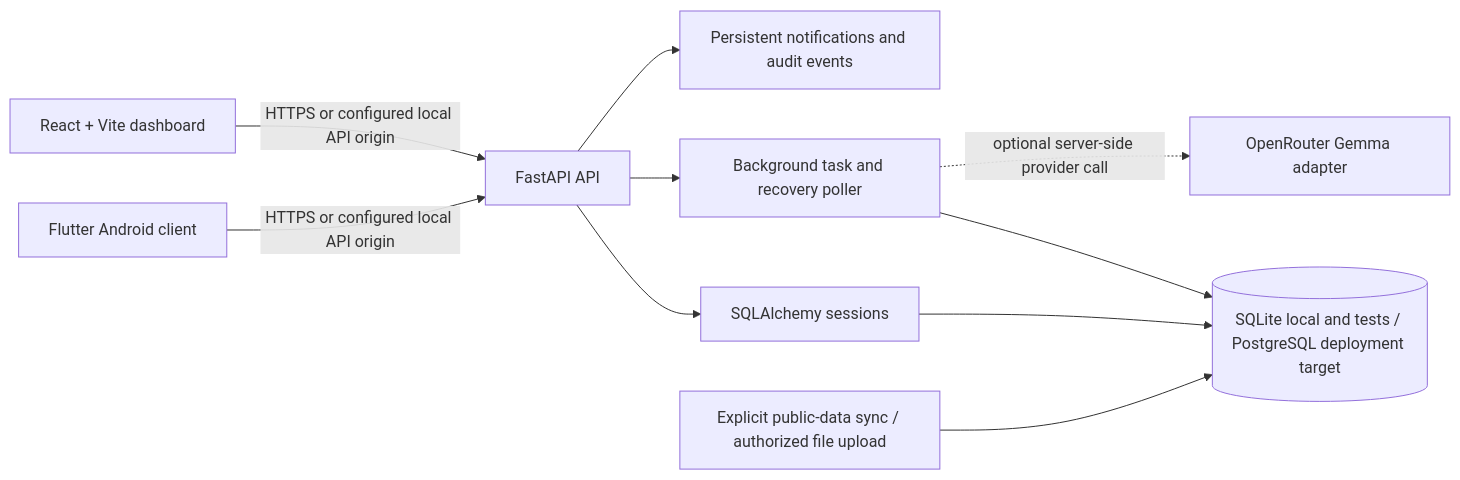
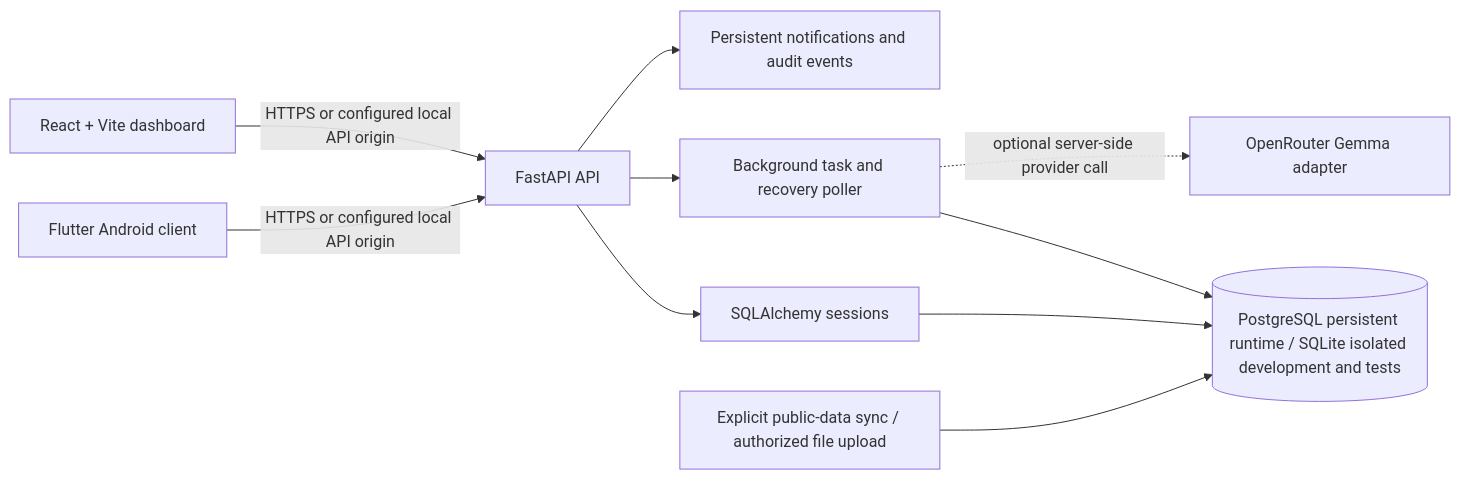
Before and after one commit to QaziZaid16/emergency_coordination_system: the first of 5 diagrams in README.md, drawn with Mermaid. The commit also changed other lines of this file and 10 other files, not shown here.

First line of the commit message:
Prepare PostgreSQL runtime and migration safety

````diff
--- a/README.md
+++ b/README.md
@@ -77,12 +77,12 @@
 ```mermaid
 flowchart LR
   M[Flutter Android client] -->|HTTPS or configured local API origin| API[FastAPI API]
   W[React + Vite dashboard] -->|HTTPS or configured local API origin| API
   API --> ORM[SQLAlchemy sessions]
-  ORM --> DB[(SQLite local and tests / PostgreSQL deployment target)]
+  ORM --> DB[(PostgreSQL persistent runtime / SQLite isolated development and tests)]
   API --> JOB[Background task and recovery poller]
   JOB --> DB
   JOB -. optional server-side provider call .-> AI[OpenRouter Gemma adapter]
   API --> N[Persistent notifications and audit events]
   HIST[Explicit public-data sync / authorized file upload] --> DB
 ```
````
